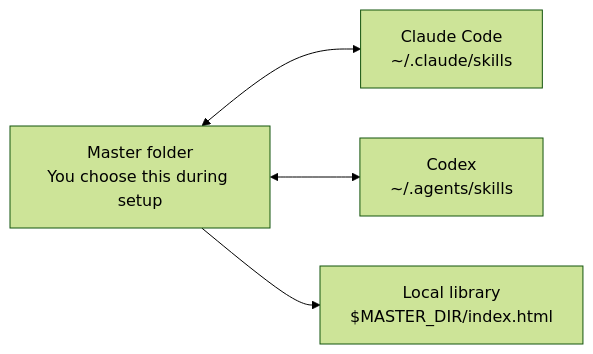
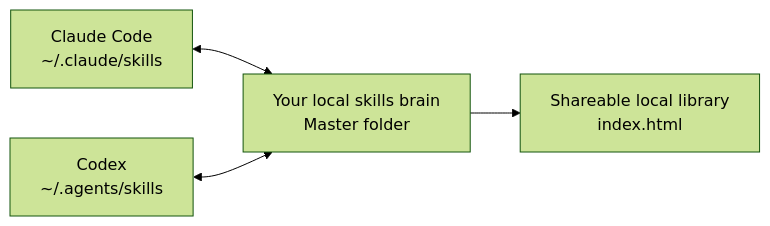
One commit to richling98/skillmaster changed the diagram in README.md. Above: the diagram before and after it, drawn with Mermaid (forest theme). The commit also changed other lines of this file, not shown here.

````diff
--- a/README.md
+++ b/README.md
@@ -38,11 +18,11 @@
 ```mermaid
 flowchart LR
-  master["Master folder<br/>You choose this during setup"]
   claude["Claude Code<br/>~/.claude/skills"]
   codex["Codex<br/>~/.agents/skills"]
-  html["Local library<br/>$MASTER_DIR/index.html"]
+  brain["Your local skills brain<br/>Master folder"]
+  library["Shareable local library<br/>index.html"]
 
-  master <--> claude
-  master <--> codex
-  master --> html
+  claude <--> brain
+  codex <--> brain
+  brain --> library
 ```
````
